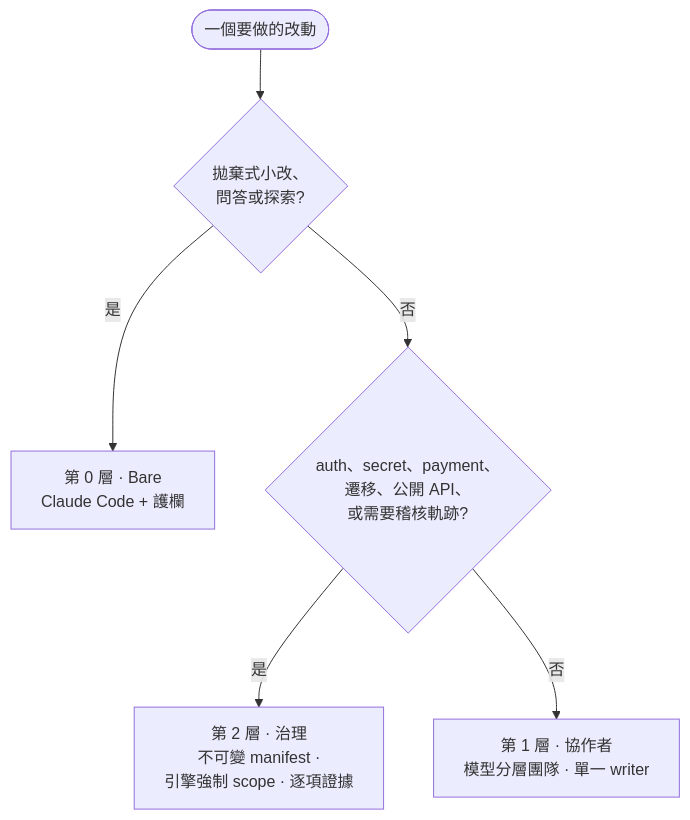
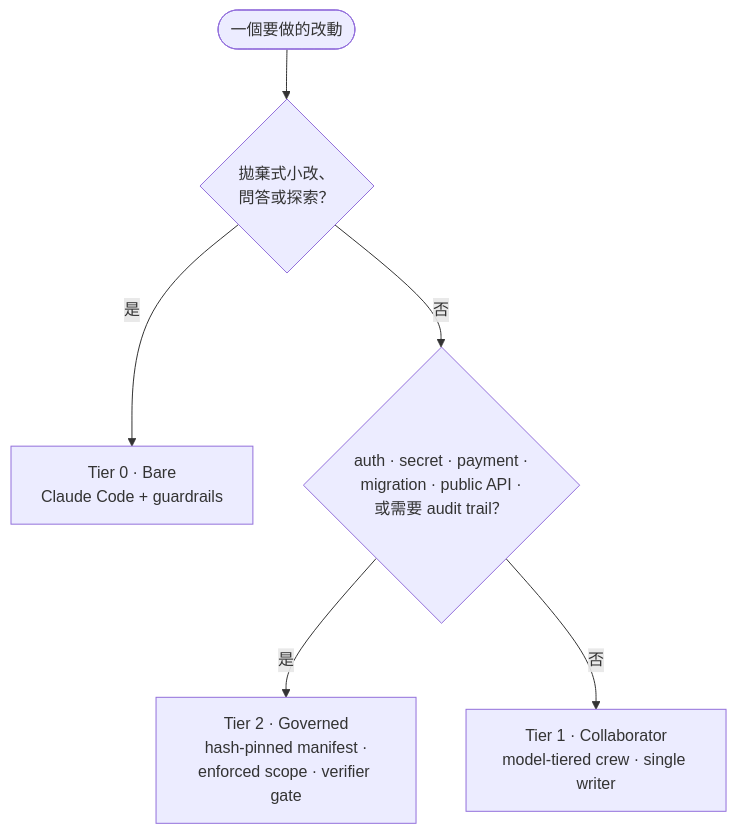
Before and after one commit to norton77930/Provost: the diagram in README.zh-TW.md, drawn with Mermaid. The commit also changed other lines of this file and 15 other files, not shown here.

````diff
--- a/README.zh-TW.md
+++ b/README.zh-TW.md
@@ -15,8 +25,8 @@
 ```mermaid
 flowchart TD
-    C(["一個要做的改動"]) --> Q1{"拋棄式小改、<br/>問答或探索?"}
-    Q1 -->|是| T0["第 0 層 · Bare<br/>Claude Code + 護欄"]
-    Q1 -->|否| Q2{"auth、secret、payment、<br/>遷移、公開 API、<br/>或需要稽核軌跡?"}
-    Q2 -->|是| T2["第 2 層 · 治理<br/>不可變 manifest ·<br/>引擎強制 scope · 逐項證據"]
-    Q2 -->|否| T1["第 1 層 · 協作者<br/>模型分層團隊 · 單一 writer"]
+    C(["一個要做的改動"]) --> Q1{"拋棄式小改、<br/>問答或探索？"}
+    Q1 -->|是| T0["Tier 0 · Bare<br/>Claude Code + guardrails"]
+    Q1 -->|否| Q2{"auth · secret · payment ·<br/>migration · public API ·<br/>或需要 audit trail？"}
+    Q2 -->|是| T2["Tier 2 · Governed<br/>hash-pinned manifest ·<br/>enforced scope · verifier gate"]
+    Q2 -->|否| T1["Tier 1 · Collaborator<br/>model-tiered crew · single writer"]
 ```
````
